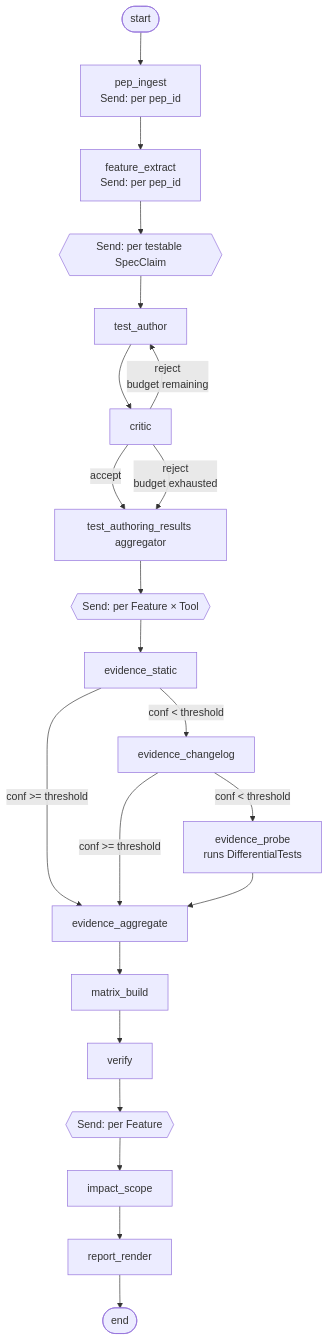
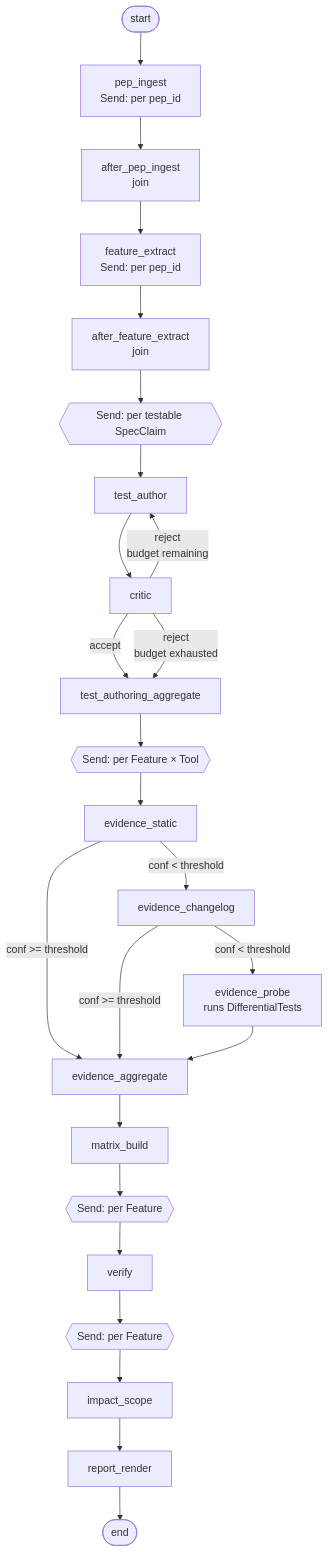
The diagram in docs/architecture.md (markmcmurray/ReleaseLens), drawn with Mermaid before and after one commit. The commit also changed other lines of this file, not shown here.

````diff
--- a/docs/architecture.md
+++ b/docs/architecture.md
@@ -417,27 +424,30 @@
 ```mermaid
 flowchart TD
     START([start]) --> PI[pep_ingest<br/>Send: per pep_id]
-    PI --> FE[feature_extract<br/>Send: per pep_id]
-    FE --> TA_FANOUT{{Send: per testable SpecClaim}}
+    PI --> APIJ[after_pep_ingest<br/>join]
+    APIJ --> FE[feature_extract<br/>Send: per pep_id]
+    FE --> AFEJ[after_feature_extract<br/>join]
+    AFEJ --> TA_FANOUT{{Send: per testable SpecClaim}}
 
     TA_FANOUT --> TA[test_author]
     TA --> CR[critic]
-    CR -->|accept| TAR[test_authoring_results aggregator]
+    CR -->|accept| TAA[test_authoring_aggregate]
     CR -->|reject<br/>budget remaining| TA
-    CR -->|reject<br/>budget exhausted| TAR
+    CR -->|reject<br/>budget exhausted| TAA
 
-    TAR --> EV_FANOUT{{Send: per Feature × Tool}}
+    TAA --> EV_FANOUT{{Send: per Feature × Tool}}
     EV_FANOUT --> ES[evidence_static]
     ES -->|conf >= threshold| EAGG_IN
     ES -->|conf < threshold| EC[evidence_changelog]
     EC -->|conf >= threshold| EAGG_IN
     EC -->|conf < threshold| EP[evidence_probe<br/>runs DifferentialTests]
     EP --> EAGG_IN
 
     EAGG_IN[evidence_aggregate] --> MB[matrix_build]
-    MB --> VER[verify]
+    MB --> VER_FANOUT{{Send: per Feature}}
+    VER_FANOUT --> VER[verify]
     VER --> IMPACT_FANOUT{{Send: per Feature}}
     IMPACT_FANOUT --> IS[impact_scope]
     IS --> RR[report_render]
     RR --> END([end])
 ```
````
